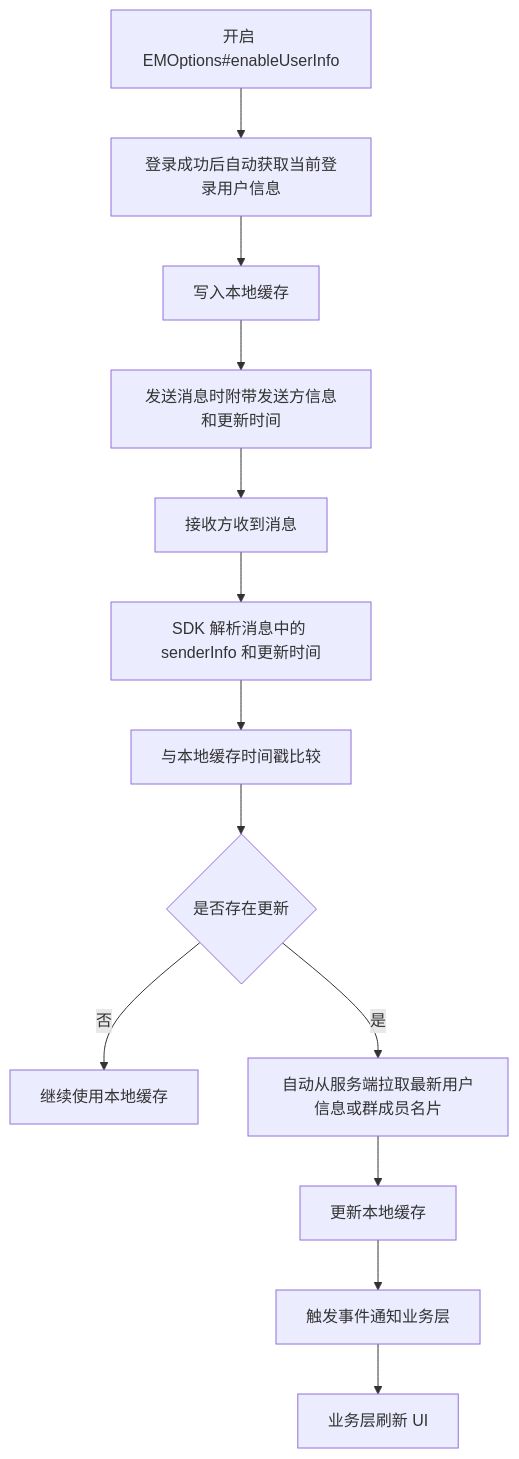
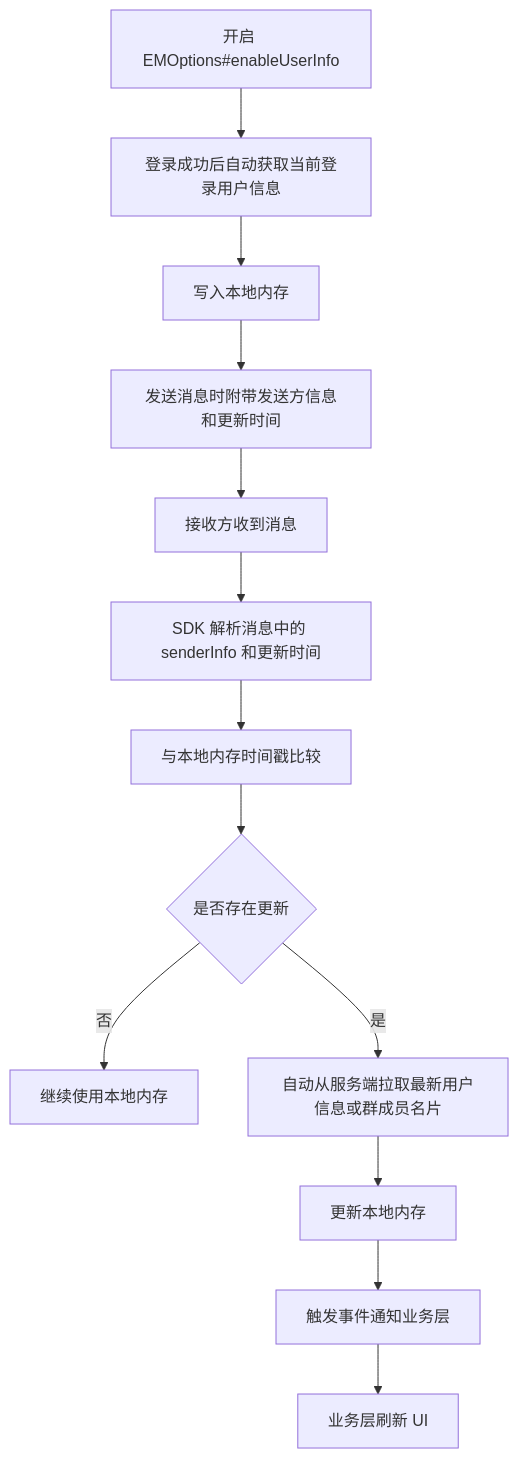
The diagram in docs/document/ios/userinfo_provider.md (easemob/easemob-doc), drawn with Mermaid before and after one commit. The commit also changed other lines of this file and 1 other file, not shown here.

````diff
--- a/docs/document/ios/userinfo_provider.md
+++ b/docs/document/ios/userinfo_provider.md
@@ -25,15 +25,15 @@
 ```mermaid
 flowchart TD
     A["开启 EMOptions#enableUserInfo"] --> B["登录成功后自动获取当前登录用户信息"]
-    B --> C["写入本地缓存"]
+    B --> C["写入本地内存"]
     C --> D["发送消息时附带发送方信息和更新时间"]
     D --> E["接收方收到消息"]
     E --> F["SDK 解析消息中的 senderInfo 和更新时间"]
-    F --> G["与本地缓存时间戳比较"]
+    F --> G["与本地内存时间戳比较"]
     G --> H{"是否存在更新"}
-    H -- "否" --> I["继续使用本地缓存"]
+    H -- "否" --> I["继续使用本地内存"]
     H -- "是" --> J["自动从服务端拉取最新用户信息或群成员名片"]
-    J --> K["更新本地缓存"]
+    J --> K["更新本地内存"]
     K --> L["触发事件通知业务层"]
     L --> M["业务层刷新 UI"]
 ```
````
